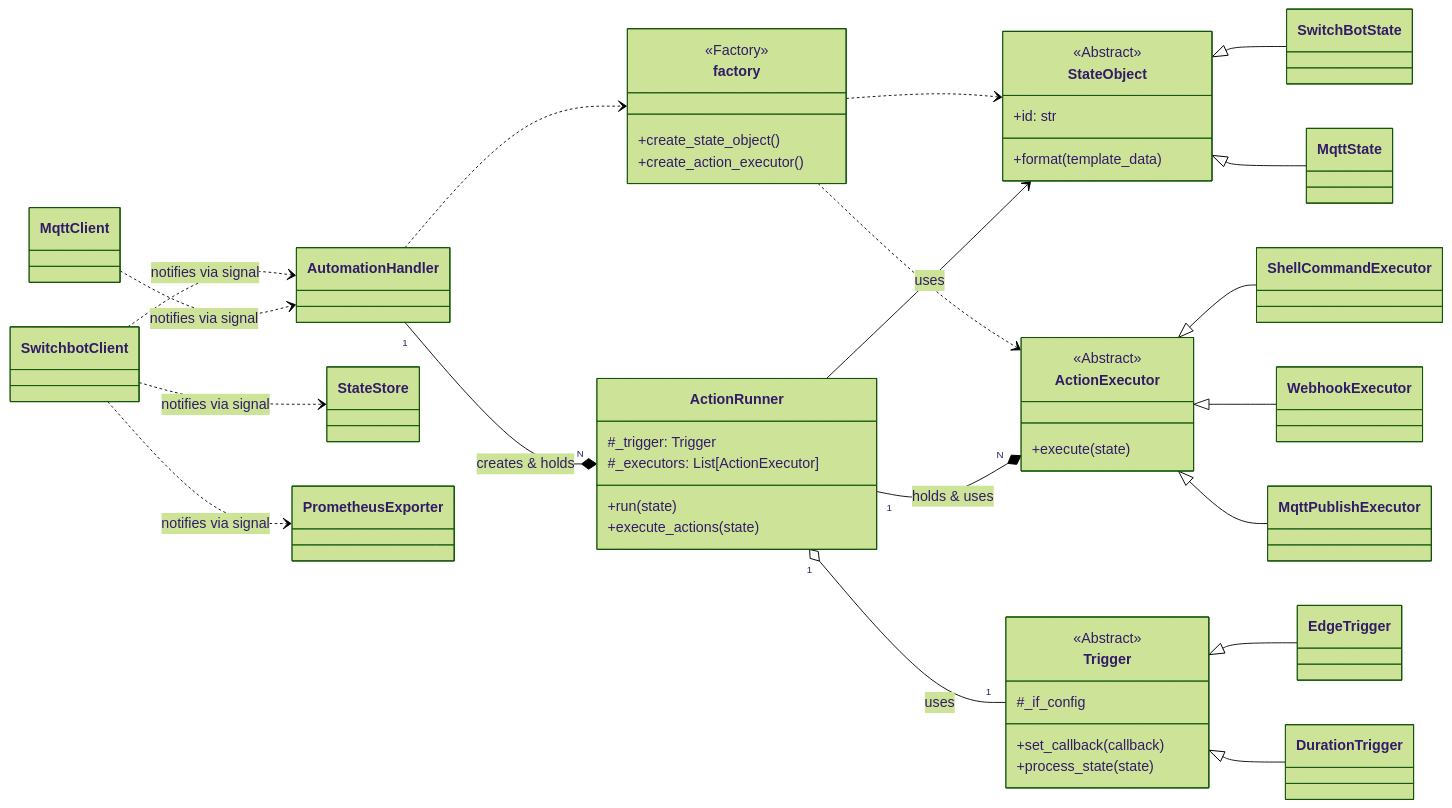
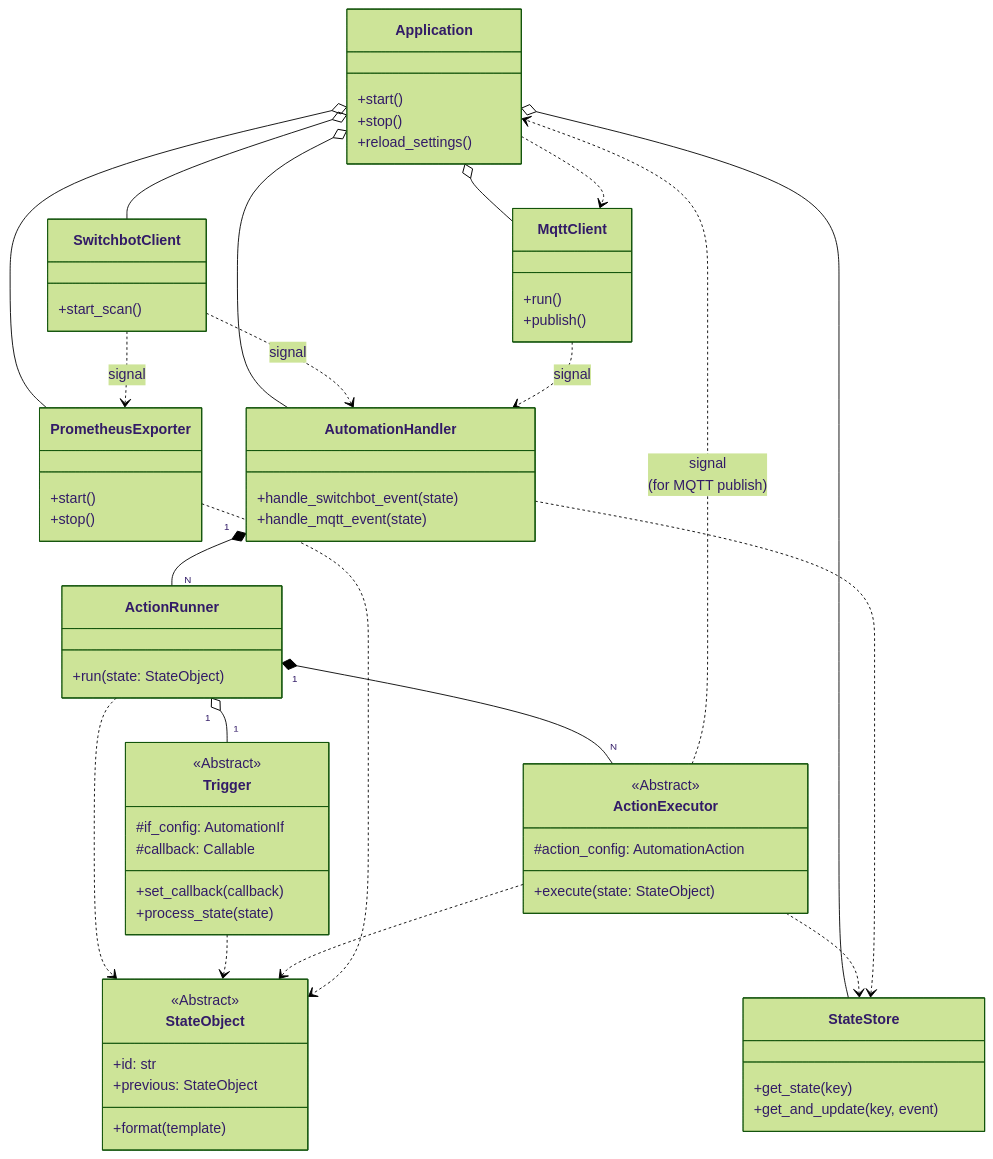
One commit to hnw/switchbot-actions changed the diagram in docs/specification.md. Above: the diagram before and after it, drawn with Mermaid (forest theme). The commit also changed other lines of this file and 8 other files, not shown here.

````diff
--- a/docs/specification.md
+++ b/docs/specification.md
@@ -22,77 +22,87 @@
 ```mermaid
 classDiagram
-    direction LR
+    direction TB
 
-    subgraph Inputs
-        SwitchbotClient
-        MqttClient
-    end
+    class Application {
+        +start()
+        +stop()
+        +reload_settings()
+    }
 
-    subgraph State_Representation
-        class StateObject {
-            <<Abstract>>
-            +id: str
-            +format(template_data)
-        }
-        StateObject <|-- SwitchBotState
-        StateObject <|-- MqttState
-        class factory {
-            <<Factory>>
-            +create_state_object()
-        }
-        factory ..> StateObject
-    end
+    class SwitchbotClient {
+        +start_scan()
+    }
 
-    subgraph Core_Automation_Logic
-        AutomationHandler
-        class ActionRunner {
-            #_trigger: Trigger
-            #_executors: List[ActionExecutor]
-            +run(state)
-            +execute_actions(state)
-        }
-        class Trigger {
-            <<Abstract>>
-            #_if_config
-            +set_callback(callback)
-            +process_state(state)
-        }
-        Trigger <|-- EdgeTrigger
-        Trigger <|-- DurationTrigger
-    end
+    class MqttClient {
+        +run()
+        +publish()
+    }
 
-    subgraph Output_Actions
-        class ActionExecutor {
-            <<Abstract>>
-            +execute(state)
-        }
-        ActionExecutor <|-- ShellCommandExecutor
-        ActionExecutor <|-- WebhookExecutor
-        ActionExecutor <|-- MqttPublishExecutor
-        class factory {
-            <<Factory>>
-            +create_action_executor()
-        }
-        factory ..> ActionExecutor
-    end
+    class AutomationHandler {
+        +handle_switchbot_event(state)
+        +handle_mqtt_event(state)
+    }
 
-    subgraph Storage_and_Metrics
-        StateStore
-        PrometheusExporter
-    end
+    class ActionRunner {
+        +run(state: StateObject)
+    }
 
-    %% --- Relationships ---
+    class Trigger {
+        <<Abstract>>
+        #if_config: AutomationIf
+        #callback: Callable
+        +set_callback(callback)
+        +process_state(state)
+    }
 
-    %% Automation Flow
-    SwitchbotClient ..> AutomationHandler : notifies via signal
-    MqttClient ..> AutomationHandler : notifies via signal
-    AutomationHandler ..> factory
-    AutomationHandler "1" --* "N" ActionRunner : creates & holds
-    ActionRunner "1" o-- "1" Trigger : uses
-    ActionRunner --> StateObject : uses
-    ActionRunner "1" --* "N" ActionExecutor : holds & uses
+    class ActionExecutor {
+        <<Abstract>>
+        #action_config: AutomationAction
+        +execute(state: StateObject)
+    }
 
-    %% Storage & Metrics Flow
-    SwitchbotClient ..> StateStore : notifies via signal
-    SwitchbotClient ..> PrometheusExporter : notifies via signal
+    class StateStore {
+        +get_state(key)
+        +get_and_update(key, event)
+    }
+
+    class StateObject {
+        <<Abstract>>
+        +id: str
+        +previous: StateObject
+        +format(template)
+    }
+
+    class PrometheusExporter {
+        +start()
+        +stop()
+    }
+
+    %% --- Aggregation/Composition (has-a) relationships ---
+    Application o-- SwitchbotClient
+    Application o-- MqttClient
+    Application o-- PrometheusExporter
+    Application o-- AutomationHandler
+    Application o-- StateStore
+
+    AutomationHandler "1" *-- "N" ActionRunner
+    ActionRunner "1" o-- "1" Trigger
+    ActionRunner "1" *-- "N" ActionExecutor
+
+    %% --- Self-reference relationship for state history ---
+
+    %% --- Dependency (uses-a) relationships ---
+    ActionRunner ..> StateObject
+    Trigger ..> StateObject
+    ActionExecutor ..> StateObject
+    ActionExecutor ..> StateStore
+    AutomationHandler ..> StateStore
+    PrometheusExporter ..> StateObject
+
+    %% --- Signal-based communication, represented as dependencies ---
+    SwitchbotClient ..> AutomationHandler : signal
+    SwitchbotClient ..> PrometheusExporter : signal
+    MqttClient ..> AutomationHandler : signal
+    ActionExecutor ..> Application : signal<br>(for MQTT publish)
+    Application ..> MqttClient
 ```
````
